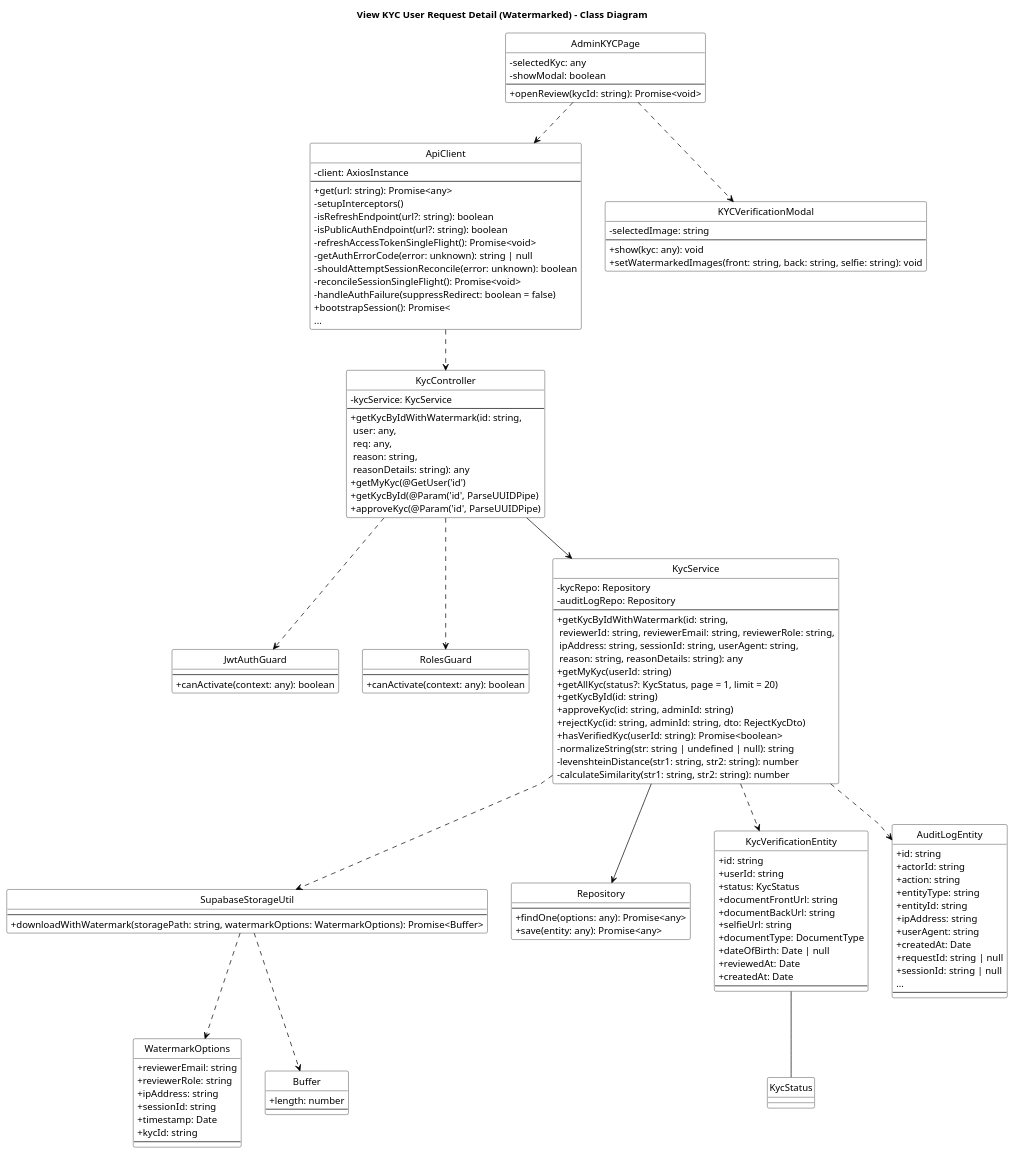
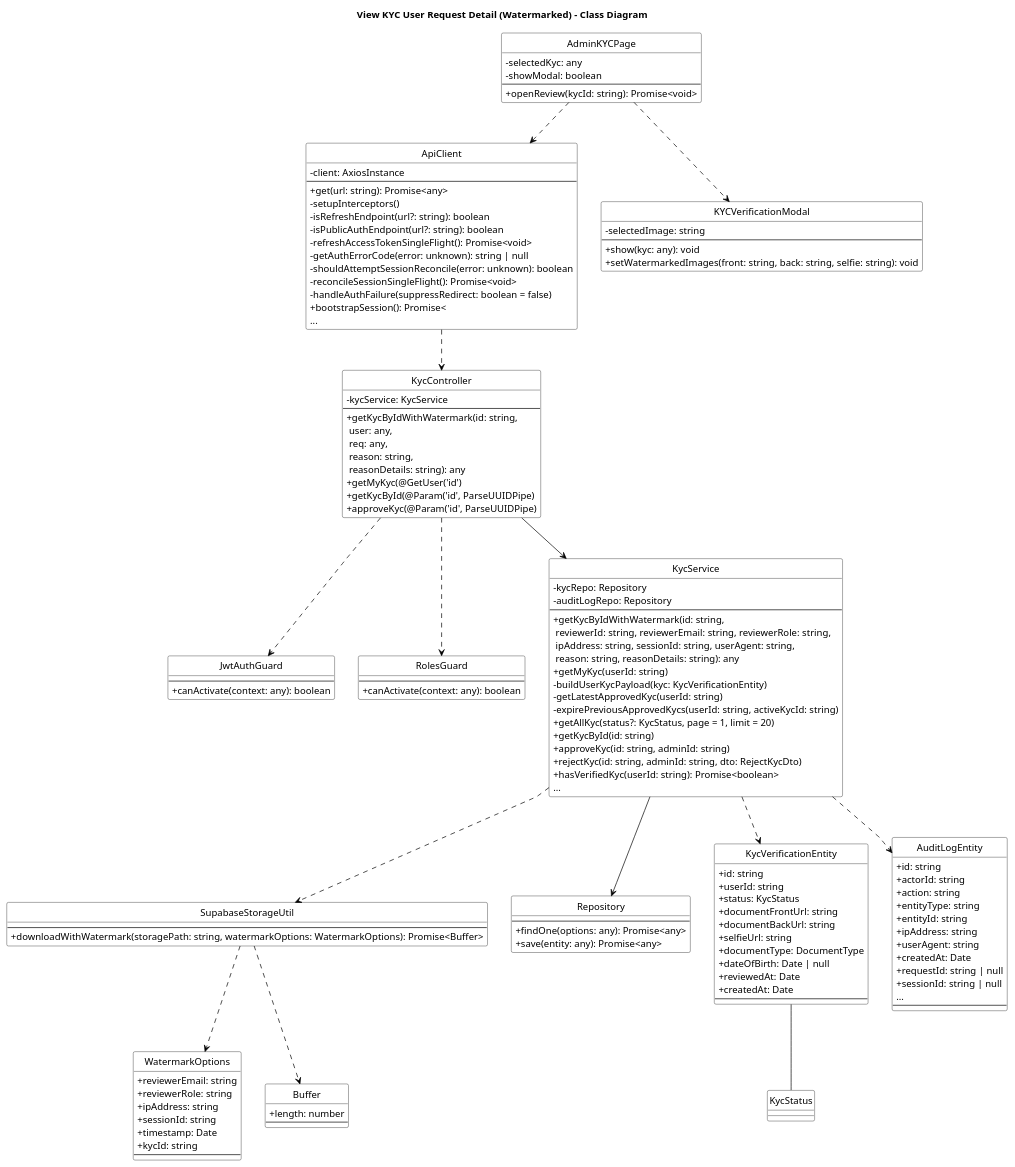
The diagram in diagram/class_diagrams/view_kyc_user_request_detail_class_diagram_compact.puml (bangdcce/SEP492-Project), drawn with PlantUML before and after one commit. The commit also changed 189 other files, not shown here.

```diff
--- a/diagram/class_diagrams/view_kyc_user_request_detail_class_diagram_compact.puml
+++ b/diagram/class_diagrams/view_kyc_user_request_detail_class_diagram_compact.puml
@@ -1,153 +1,154 @@
 @startuml View_KYC_User_Request_Detail_Class_Diagram
 title View KYC User Request Detail (Watermarked) - Class Diagram
 skinparam backgroundColor white
 skinparam monochrome true
 skinparam defaultFontColor black
 skinparam ArrowColor black
 skinparam classBorderColor black
 skinparam classFontColor black
 skinparam classBackgroundColor white
 skinparam stereotypeFontColor black
 skinparam linetype polyline
 skinparam classAttributeIconSize 0
 hide circle
 
 skinparam classHeaderBackgroundColor white
 skinparam classHeaderFontColor black
 
 class ApiClient {
     - client: AxiosInstance
     --
     + get(url: string): Promise<any>
     - setupInterceptors()
     - isRefreshEndpoint(url?: string): boolean
     - isPublicAuthEndpoint(url?: string): boolean
     - refreshAccessTokenSingleFlight(): Promise<void>
     - getAuthErrorCode(error: unknown): string | null
     - shouldAttemptSessionReconcile(error: unknown): boolean
     - reconcileSessionSingleFlight(): Promise<void>
     - handleAuthFailure(suppressRedirect: boolean = false)
     + bootstrapSession(): Promise<
     ...
 }
 
 class AdminKYCPage {
     - selectedKyc: any
     - showModal: boolean
     --
     + openReview(kycId: string): Promise<void>
 }
 
 class KYCVerificationModal {
     - selectedImage: string
     --
     + show(kyc: any): void
     + setWatermarkedImages(front: string, back: string, selfie: string): void
 }
 
 class JwtAuthGuard {
     --
     + canActivate(context: any): boolean
 }
 
 class RolesGuard {
     --
     + canActivate(context: any): boolean
 }
 
 class KycController {
     - kycService: KycService
     --
     + getKycByIdWithWatermark(id: string,\n user: any,\n req: any,\n reason: string,\n reasonDetails: string): any
     + getMyKyc(@GetUser('id')
     + getKycById(@Param('id', ParseUUIDPipe)
     + approveKyc(@Param('id', ParseUUIDPipe)
 }
 
 class KycService {
     - kycRepo: Repository
     - auditLogRepo: Repository
     --
     + getKycByIdWithWatermark(id: string,\n reviewerId: string, reviewerEmail: string, reviewerRole: string,\n ipAddress: string, sessionId: string, userAgent: string,\n reason: string, reasonDetails: string): any
     + getMyKyc(userId: string)
+    - buildUserKycPayload(kyc: KycVerificationEntity)
+    - getLatestApprovedKyc(userId: string)
+    - expirePreviousApprovedKycs(userId: string, activeKycId: string)
     + getAllKyc(status?: KycStatus, page = 1, limit = 20)
     + getKycById(id: string)
     + approveKyc(id: string, adminId: string)
     + rejectKyc(id: string, adminId: string, dto: RejectKycDto)
     + hasVerifiedKyc(userId: string): Promise<boolean>
-    - normalizeString(str: string | undefined | null): string
-    - levenshteinDistance(str1: string, str2: string): number
-    - calculateSimilarity(str1: string, str2: string): number
+    ...
 }
 
 class SupabaseStorageUtil {
     --
     + downloadWithWatermark(storagePath: string, watermarkOptions: WatermarkOptions): Promise<Buffer>
 }
 
 class WatermarkOptions {
     + reviewerEmail: string
     + reviewerRole: string
     + ipAddress: string
     + sessionId: string
     + timestamp: Date
     + kycId: string
     --
 }
 
 class Buffer {
     + length: number
     --
 }
 
 class Repository {
     --
     + findOne(options: any): Promise<any>
     + save(entity: any): Promise<any>
 }
 
 class KycVerificationEntity {
     + id: string
     + userId: string
     + status: KycStatus
     + documentFrontUrl: string
     + documentBackUrl: string
     + selfieUrl: string
     + documentType: DocumentType
     + dateOfBirth: Date | null
     + reviewedAt: Date
     + createdAt: Date
     --
 }
 
 
 class AuditLogEntity {
     + id: string
     + actorId: string
     + action: string
     + entityType: string
     + entityId: string
     + ipAddress: string
     + userAgent: string
     + createdAt: Date
     + requestId: string | null
     + sessionId: string | null
     ...
     --
 }
 
 AdminKYCPage ..> KYCVerificationModal
 AdminKYCPage ..> ApiClient
 ApiClient ..> KycController
 KycController ..> JwtAuthGuard
 KycController ..> RolesGuard
 KycController --> KycService
 KycService --> Repository
 KycService ..> SupabaseStorageUtil
 SupabaseStorageUtil ..> Buffer
 SupabaseStorageUtil ..> WatermarkOptions
 KycService ..> KycVerificationEntity
 KycService ..> AuditLogEntity
 KycVerificationEntity -- KycStatus
 
 @enduml
```
